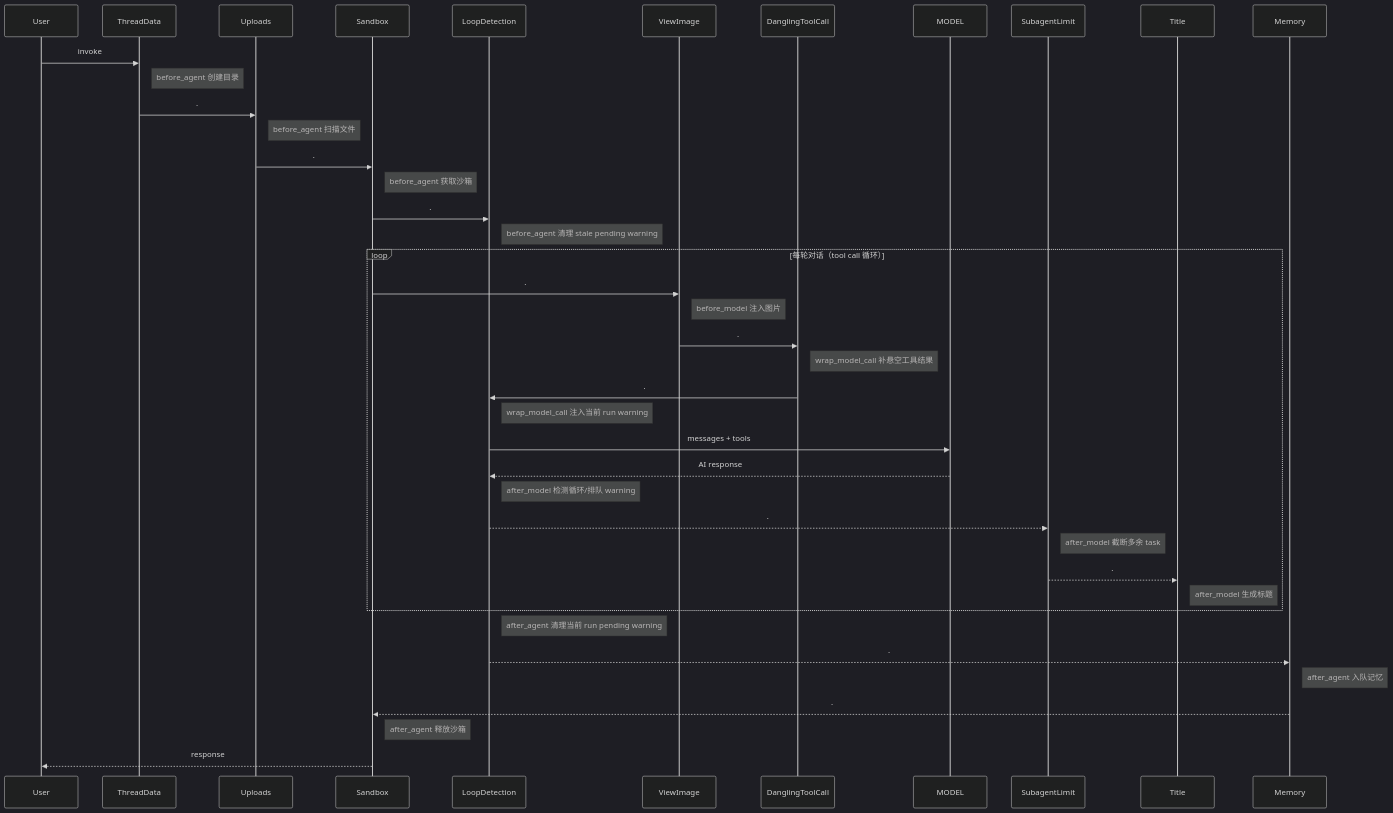
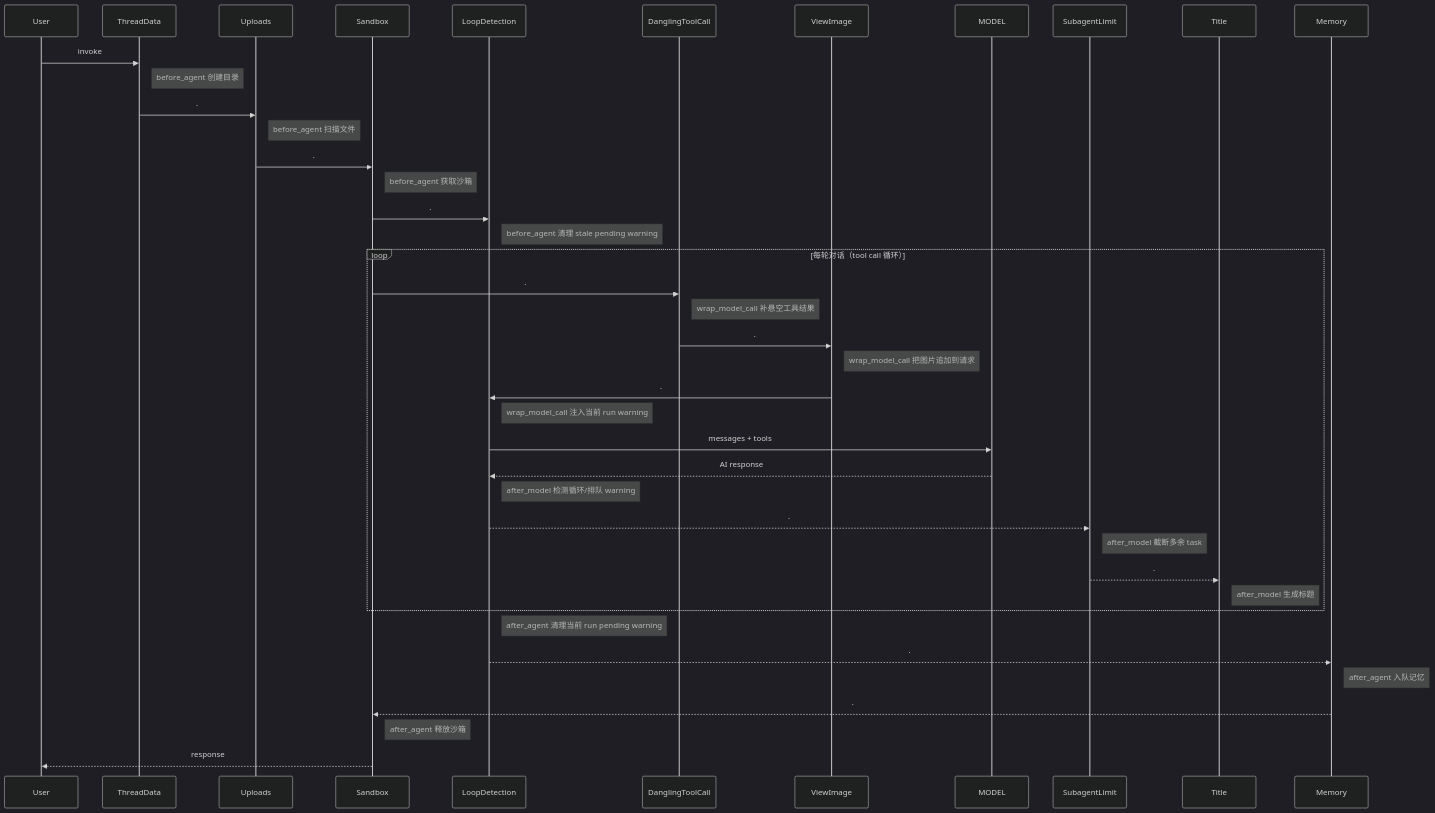
The fourth of 4 diagrams in backend/docs/middleware-execution-flow.md (bytedance/deer-flow), drawn with Mermaid (dark theme) before and after one commit. The commit also changed other lines of this file and 5 other files, not shown here.

````diff
--- a/backend/docs/middleware-execution-flow.md
+++ b/backend/docs/middleware-execution-flow.md
@@ -229,46 +224,46 @@
 ```mermaid
 sequenceDiagram
     participant U as User
     participant TD as ThreadData
     participant UL as Uploads
     participant SB as Sandbox
     participant LD as LoopDetection
+    participant DTC as DanglingToolCall
     participant VI as ViewImage
-    participant DTC as DanglingToolCall
     participant M as MODEL
     participant SL as SubagentLimit
     participant TI as Title
     participant MEM as Memory
 
     U ->> TD: invoke
     Note right of TD: before_agent 创建目录
     TD ->> UL: .
     Note right of UL: before_agent 扫描文件
     UL ->> SB: .
     Note right of SB: before_agent 获取沙箱
     SB ->> LD: .
     Note right of LD: before_agent 清理 stale pending warning
 
     loop 每轮对话（tool call 循环）
-        SB ->> VI: .
-        Note right of VI: before_model 注入图片
-        VI ->> DTC: .
+        SB ->> DTC: .
         Note right of DTC: wrap_model_call 补悬空工具结果
-        DTC ->> LD: .
+        DTC ->> VI: .
+        Note right of VI: wrap_model_call 把图片追加到请求
+        VI ->> LD: .
         Note right of LD: wrap_model_call 注入当前 run warning
         LD ->> M: messages + tools
         M -->> LD: AI response
         Note right of LD: after_model 检测循环/排队 warning
         LD -->> SL: .
         Note right of SL: after_model 截断多余 task
         SL -->> TI: .
         Note right of TI: after_model 生成标题
     end
 
     Note right of LD: after_agent 清理当前 run pending warning
     LD -->> MEM: .
     Note right of MEM: after_agent 入队记忆
     MEM -->> SB: .
     Note right of SB: after_agent 释放沙箱
     SB -->> U: response
 ```
````
